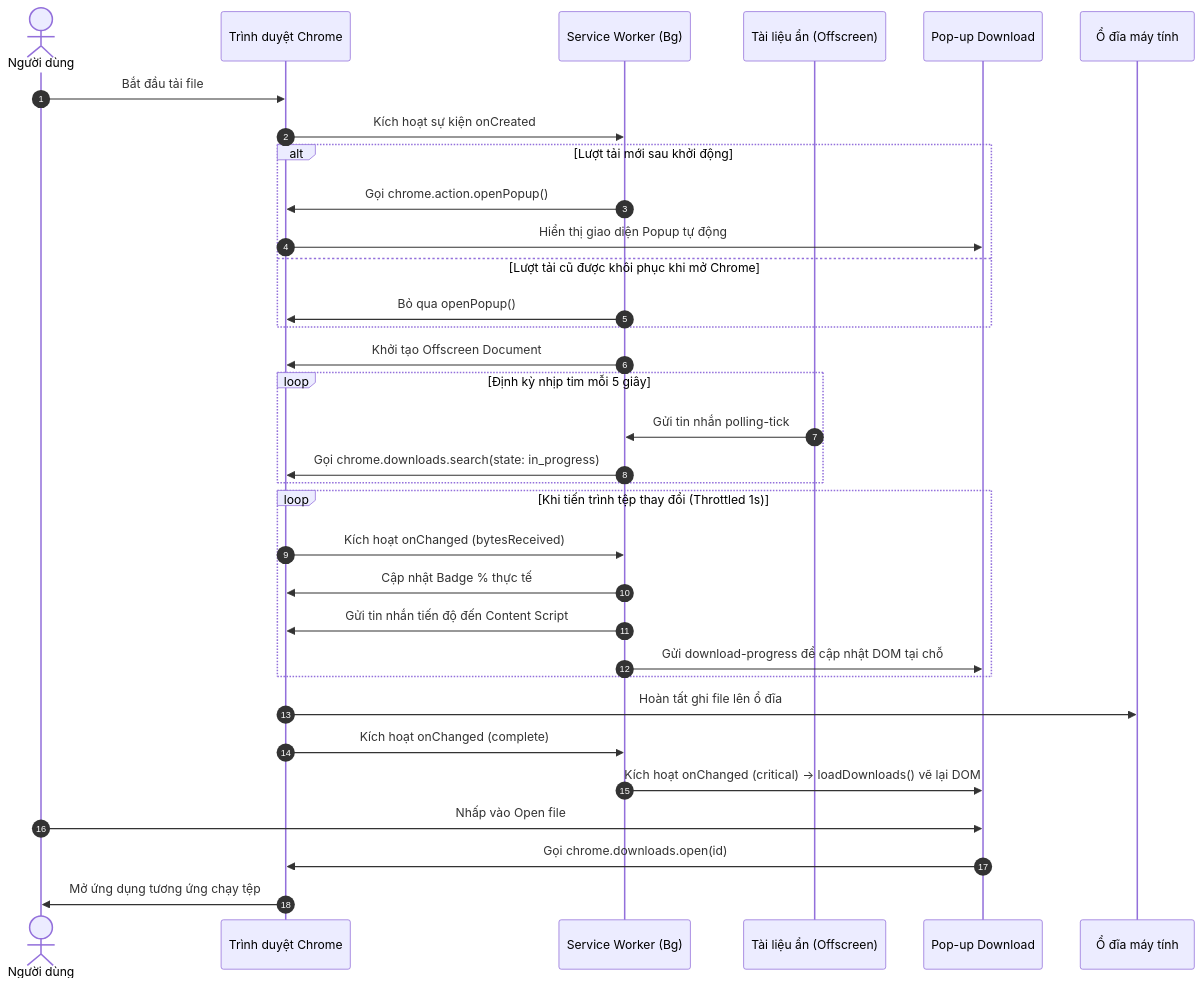
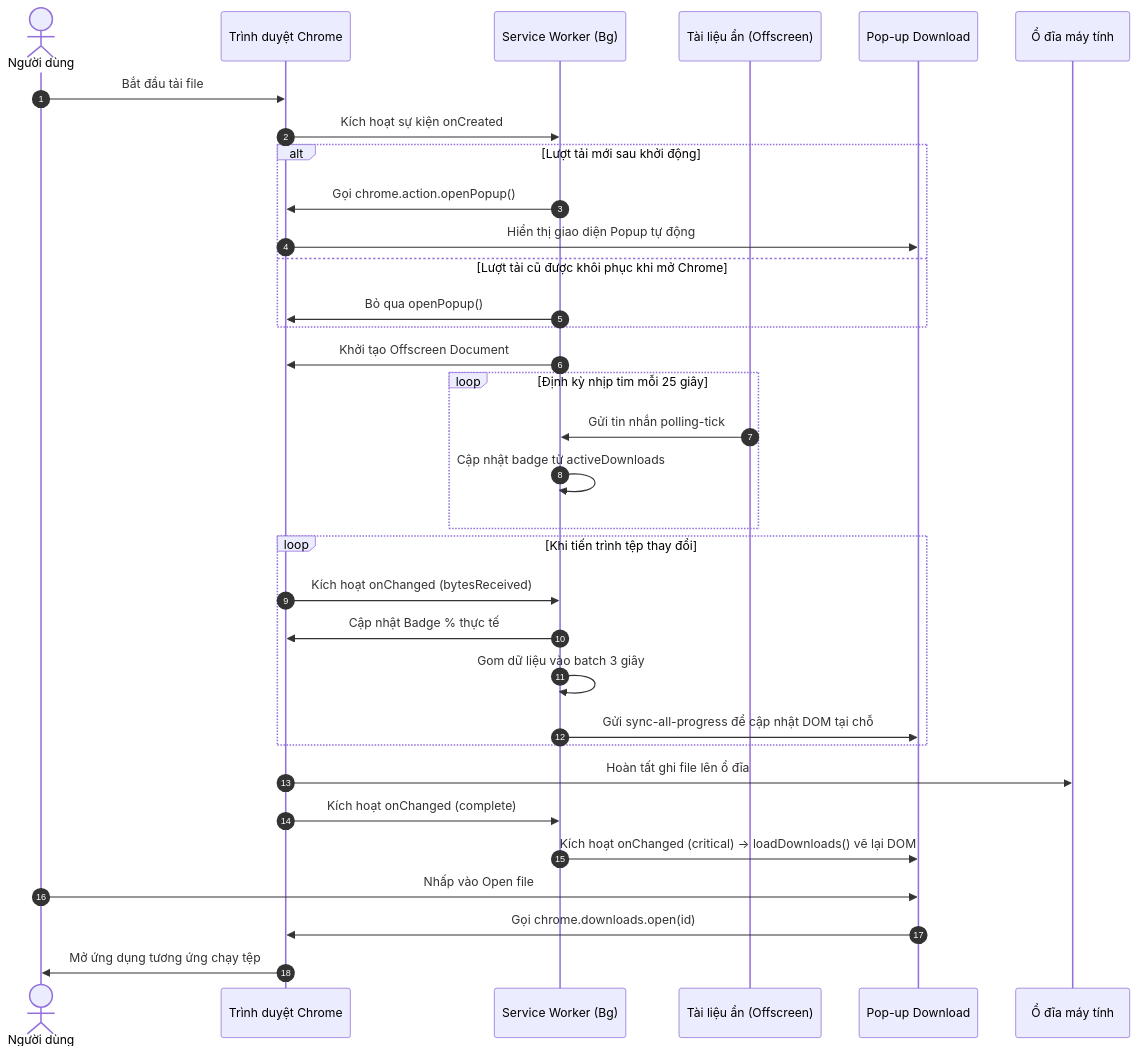
One commit to CodeingOver/CustomeDownLoad-HistoryExtensionForChrome changed the second of 2 diagrams in docs/architecture.md. Above: the diagram before and after it, drawn with Mermaid. The commit also changed other lines of this file and 8 other files, not shown here.

Commit message:
feat: refactor download progress handling and remove Toast UI; update manifest to version 1.2.20

````diff
--- a/docs/architecture.md
+++ b/docs/architecture.md
@@ -155,36 +151,36 @@
 ```mermaid
 sequenceDiagram
     autonumber
     actor User as Người dùng
     participant Chrome as Trình duyệt Chrome
     participant SW as Service Worker (Bg)
     participant Offscreen as Tài liệu ẩn (Offscreen)
     participant Pop as Pop-up Download
     participant Disk as Ổ đĩa máy tính
 
     User->>Chrome: Bắt đầu tải file
     Chrome->>SW: Kích hoạt sự kiện onCreated
     alt Lượt tải mới sau khởi động
         SW->>Chrome: Gọi chrome.action.openPopup()
         Chrome->>Pop: Hiển thị giao diện Popup tự động
     else Lượt tải cũ được khôi phục khi mở Chrome
         SW->>Chrome: Bỏ qua openPopup()
     end
     SW->>Chrome: Khởi tạo Offscreen Document
-    loop Định kỳ nhịp tim mỗi 5 giây
+    loop Định kỳ nhịp tim mỗi 25 giây
         Offscreen->>SW: Gửi tin nhắn polling-tick
-        SW->>Chrome: Gọi chrome.downloads.search(state: in_progress)
+        SW->>SW: Cập nhật badge từ activeDownloads
     end
-    loop Khi tiến trình tệp thay đổi (Throttled 1s)
+    loop Khi tiến trình tệp thay đổi
         Chrome->>SW: Kích hoạt onChanged (bytesReceived)
         SW->>Chrome: Cập nhật Badge % thực tế
-        SW->>Chrome: Gửi tin nhắn tiến độ đến Content Script
-        SW->>Pop: Gửi download-progress để cập nhật DOM tại chỗ
+        SW->>SW: Gom dữ liệu vào batch 3 giây
+        SW->>Pop: Gửi sync-all-progress để cập nhật DOM tại chỗ
     end
     Chrome->>Disk: Hoàn tất ghi file lên ổ đĩa
     Chrome->>SW: Kích hoạt onChanged (complete)
     SW->>Pop: Kích hoạt onChanged (critical) -> loadDownloads() vẽ lại DOM
     User->>Pop: Nhấp vào Open file
     Pop->>Chrome: Gọi chrome.downloads.open(id)
     Chrome->>User: Mở ứng dụng tương ứng chạy tệp
 ```
````
